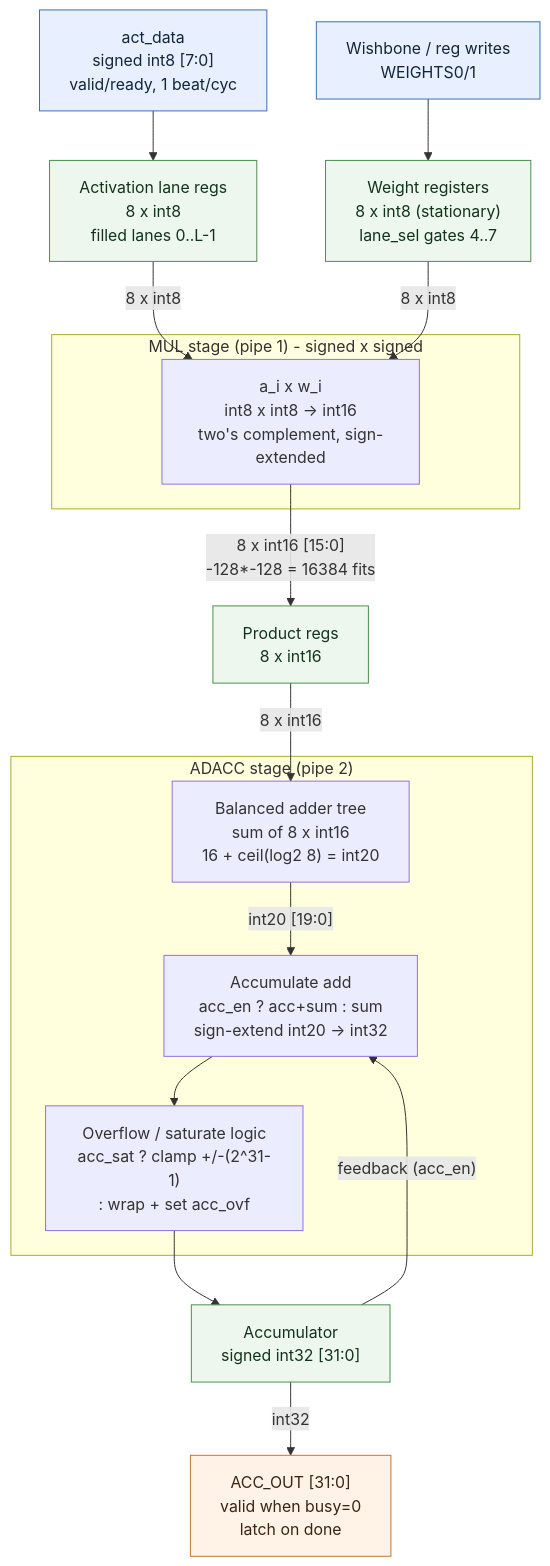
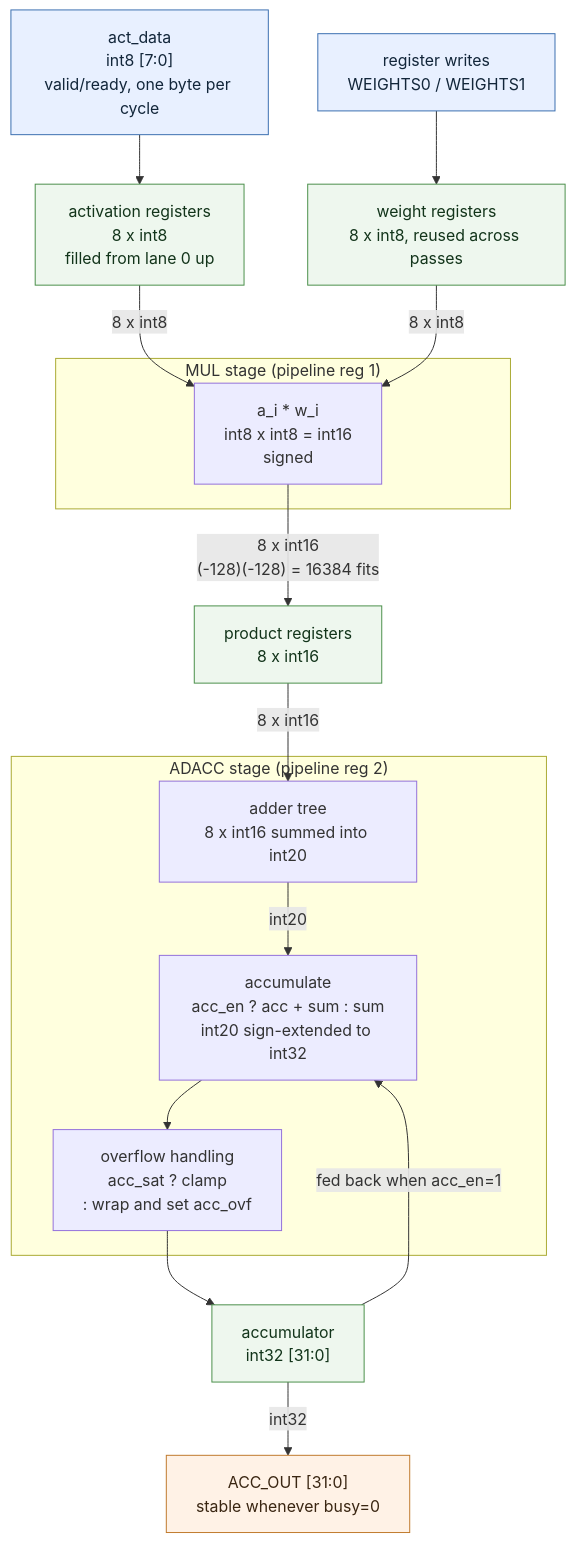
One commit to ChrChr50/proto-accelerators changed the first of 6 diagrams in macc8/docs/int8_mac_block_diagram.md. Above: the diagram before and after it, drawn with Mermaid. The commit also changed other lines of this file and 2 other files, not shown here.

````diff
--- a/macc8/docs/int8_mac_block_diagram.md
+++ b/macc8/docs/int8_mac_block_diagram.md
@@ -9,41 +11,36 @@
 ```mermaid
 flowchart TD
-    %% ---- Inputs ----
-    ACT["act_data<br/>signed int8 [7:0]<br/>valid/ready, 1 beat/cyc"]:::in
-    WB["Wishbone / reg writes<br/>WEIGHTS0/1"]:::in
+    ACT["act_data<br/>int8 [7:0]<br/>valid/ready, one byte per cycle"]:::in
+    WB["register writes<br/>WEIGHTS0 / WEIGHTS1"]:::in
 
-    %% ---- Front-end storage ----
-    ASR["Activation lane regs<br/>8 x int8<br/>filled lanes 0..L-1"]:::reg
-    WREG["Weight registers<br/>8 x int8 (stationary)<br/>lane_sel gates 4..7"]:::reg
+    ASR["activation registers<br/>8 x int8<br/>filled from lane 0 up"]:::reg
+    WREG["weight registers<br/>8 x int8, reused across passes"]:::reg
 
     ACT --> ASR
     WB --> WREG
 
-    %% ---- Multiply (pipeline stage 1) ----
-    subgraph MUL["MUL stage (pipe 1) - signed x signed"]
-        M0["a_i x w_i<br/>int8 x int8 -> int16<br/>two's complement, sign-extended"]
+    subgraph MUL["MUL stage (pipeline reg 1)"]
+        M0["a_i * w_i<br/>int8 x int8 = int16<br/>signed"]
     end
     ASR -->|"8 x int8"| M0
     WREG -->|"8 x int8"| M0
-    M0 -->|"8 x int16 [15:0]<br/>-128*-128 = 16384 fits"| PREG["Product regs<br/>8 x int16"]:::reg
+    M0 -->|"8 x int16<br/>(-128)(-128) = 16384 fits"| PREG["product registers<br/>8 x int16"]:::reg
 
-    %% ---- Adder tree + accumulate (pipeline stage 2) ----
-    subgraph ADACC["ADACC stage (pipe 2)"]
-        TREE["Balanced adder tree<br/>sum of 8 x int16<br/>16 + ceil(log2 8) = int20"]
-        ACCADD["Accumulate add<br/>acc_en ? acc+sum : sum<br/>sign-extend int20 -> int32"]
-        OVF["Overflow / saturate logic<br/>acc_sat ? clamp +/-(2^31-1)<br/>: wrap + set acc_ovf"]
+    subgraph ADACC["ADACC stage (pipeline reg 2)"]
+        TREE["adder tree<br/>8 x int16 summed into int20"]
+        ACCADD["accumulate<br/>acc_en ? acc + sum : sum<br/>int20 sign-extended to int32"]
+        OVF["overflow handling<br/>acc_sat ? clamp<br/>: wrap and set acc_ovf"]
     end
     PREG -->|"8 x int16"| TREE
-    TREE -->|"int20 [19:0]"| ACCADD
-    ACC["Accumulator<br/>signed int32 [31:0]"]:::reg
+    TREE -->|"int20"| ACCADD
+    ACC["accumulator<br/>int32 [31:0]"]:::reg
     ACCADD --> OVF
     OVF --> ACC
-    ACC -->|"feedback (acc_en)"| ACCADD
+    ACC -->|"fed back when acc_en=1"| ACCADD
 
-    %% ---- Output ----
-    ACC -->|"int32"| OUT["ACC_OUT [31:0]<br/>valid when busy=0<br/>latch on done"]:::out
+    ACC -->|"int32"| OUT["ACC_OUT [31:0]<br/>stable whenever busy=0"]:::out
 
     classDef in fill:#e8f0ff,stroke:#3b6fb0,color:#12263a;
     classDef reg fill:#eef7ee,stroke:#4a8f4a,color:#12341a;
     classDef out fill:#fff2e6,stroke:#c07a2c,color:#3a2612;
 ```
````
